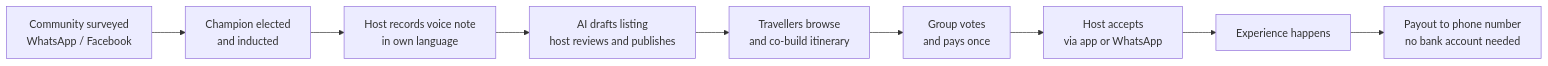
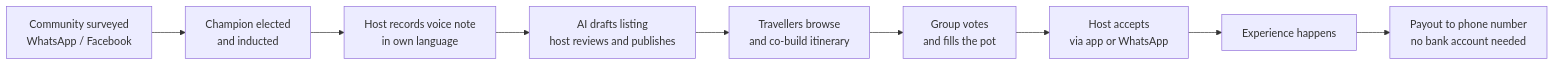
The diagram in docs/PRD-context.md (SpecnoDev/Hackathon), drawn with Mermaid before and after one commit. The commit also changed other lines of this file and 2 other files, not shown here.

First line of the commit message:
docs: re-sync PRD-context and READMEs to PRD.md (stokvel-style group payment)

````diff
--- a/docs/PRD-context.md
+++ b/docs/PRD-context.md
@@ -47,11 +47,11 @@
 ```mermaid
 flowchart LR
   A[Community surveyed<br/>WhatsApp / Facebook] --> B[Champion elected<br/>and inducted]
   B --> C[Host records voice note<br/>in own language]
   C --> D[AI drafts listing<br/>host reviews and publishes]
   D --> E[Travellers browse<br/>and co-build itinerary]
-  E --> F[Group votes<br/>and pays once]
+  E --> F[Group votes<br/>and fills the pot]
   F --> G[Host accepts<br/>via app or WhatsApp]
   G --> H[Experience happens]
   H --> I[Payout to phone number<br/>no bank account needed]
 ```
````
